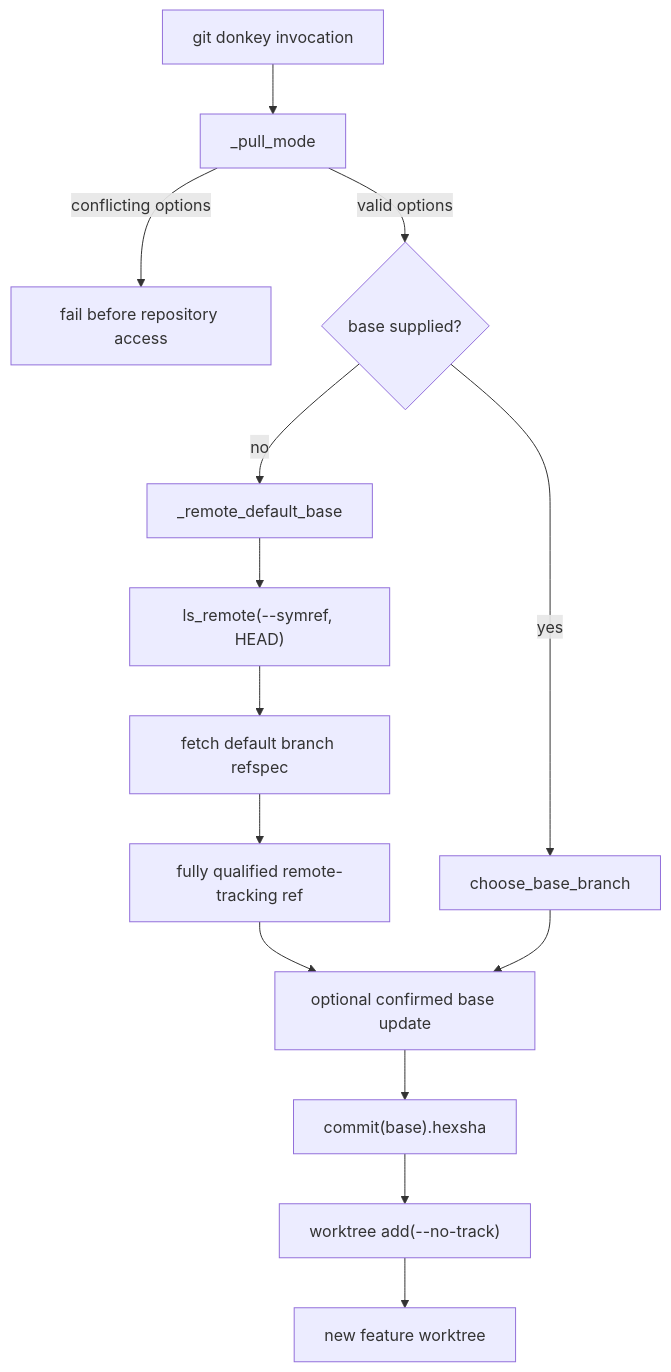
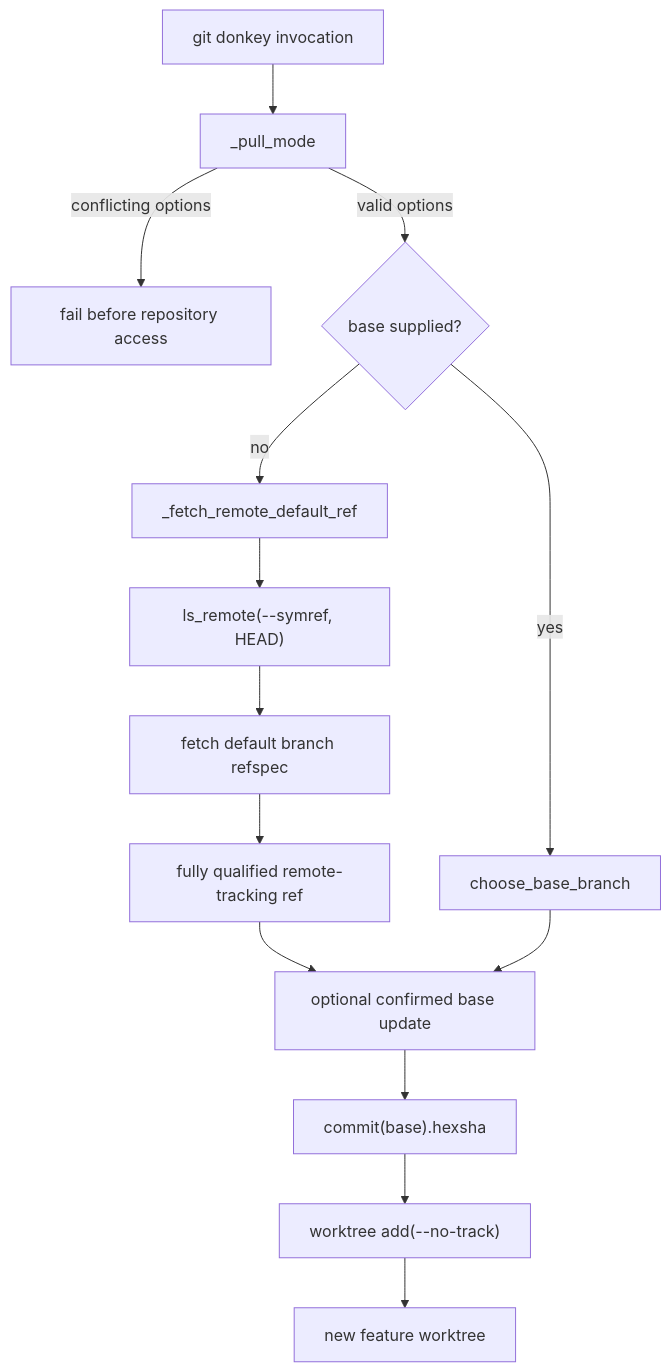
The diagram in docs/default-base-and-pull-modes.md (leynos/git-donkey), drawn with Mermaid before and after one commit. The commit also changed 4 other files, not shown here.

````diff
--- a/docs/default-base-and-pull-modes.md
+++ b/docs/default-base-and-pull-modes.md
@@ -7,16 +7,16 @@
 ```mermaid
 flowchart TD
     Start["git donkey invocation"] --> Validate["_pull_mode"]
     Validate -->|conflicting options| Error["fail before repository access"]
     Validate -->|valid options| Base{base supplied?}
-    Base -->|no| Default["_remote_default_base"]
+    Base -->|no| Default["_fetch_remote_default_ref"]
     Default --> Advertise["ls_remote(--symref, HEAD)"]
     Advertise --> Fetch["fetch default branch refspec"]
     Fetch --> RemoteBase["fully qualified remote-tracking ref"]
     Base -->|yes| Explicit["choose_base_branch"]
     RemoteBase --> Update["optional confirmed base update"]
     Explicit --> Update
     Update --> Resolve["commit(base).hexsha"]
     Resolve --> Create["worktree add(--no-track)"]
     Create --> Done["new feature worktree"]
 ```
````
